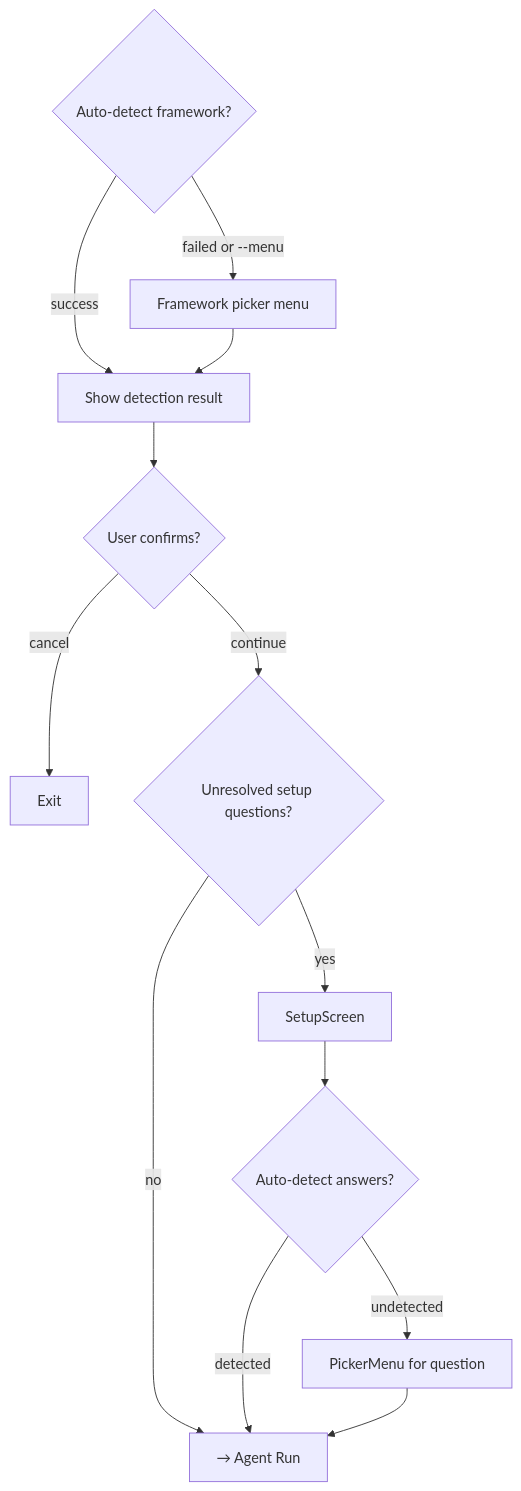
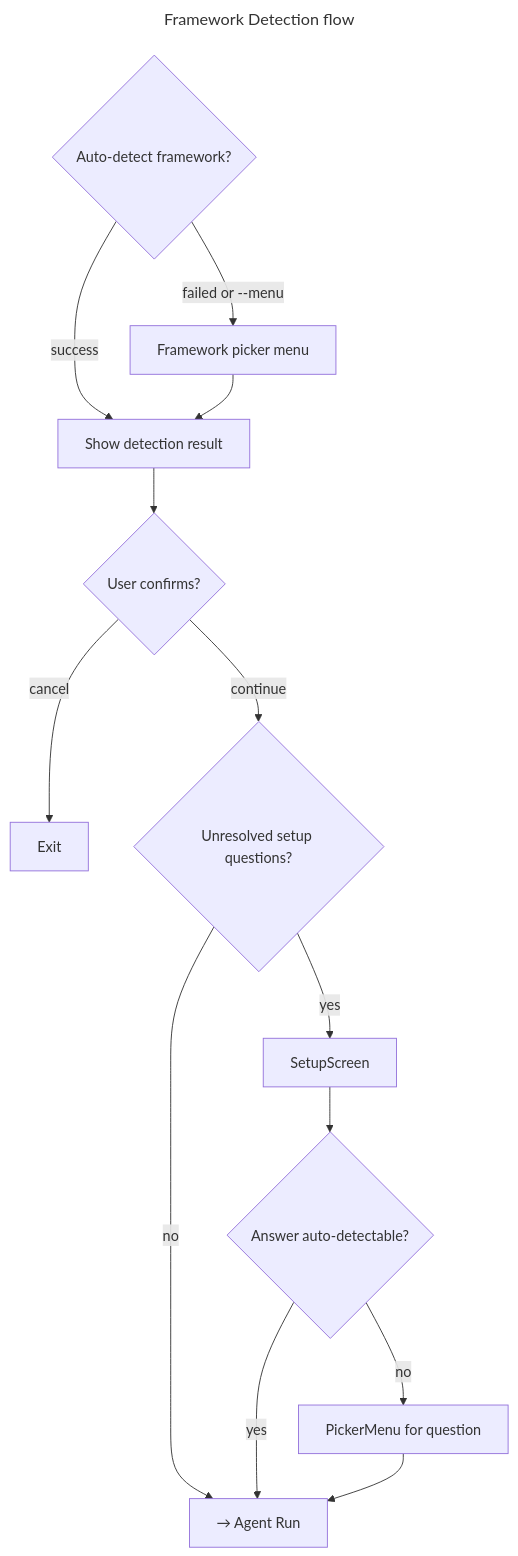
One commit to amplitude/wizard changed the seventh of 8 diagrams in docs/flows.md. Above: the diagram before and after it, drawn with Mermaid. The commit also changed other lines of this file and 17 other files, not shown here.

First line of the commit message:
Add CLAUDE.md, expand flows, and update docs

````diff
--- a/docs/flows.md
+++ b/docs/flows.md
@@ -156,14 +202,17 @@
 ```mermaid
+---
+title: Framework Detection flow
+---
 flowchart TD
     DETECT{Auto-detect framework?}
     DETECT -->|success| RESULT["Show detection result"]
     DETECT -->|failed or --menu| PICKER["Framework picker menu"] --> RESULT
     RESULT --> CONFIRM{User confirms?}
     CONFIRM -->|cancel| EXIT["Exit"]
     CONFIRM -->|continue| SETUP_Q{Unresolved setup questions?}
     SETUP_Q -->|no| RUN["→ Agent Run"]
     SETUP_Q -->|yes| SETUP["SetupScreen"]
-    SETUP --> AUTO{Auto-detect answers?}
-    AUTO -->|detected| RUN
-    AUTO -->|undetected| PICKER_Q["PickerMenu for question"] --> RUN
+    SETUP --> ANSWER{Answer auto-detectable?}
+    ANSWER -->|yes| RUN
+    ANSWER -->|no| PICKER_Q["PickerMenu for question"] --> RUN
 ```
````
